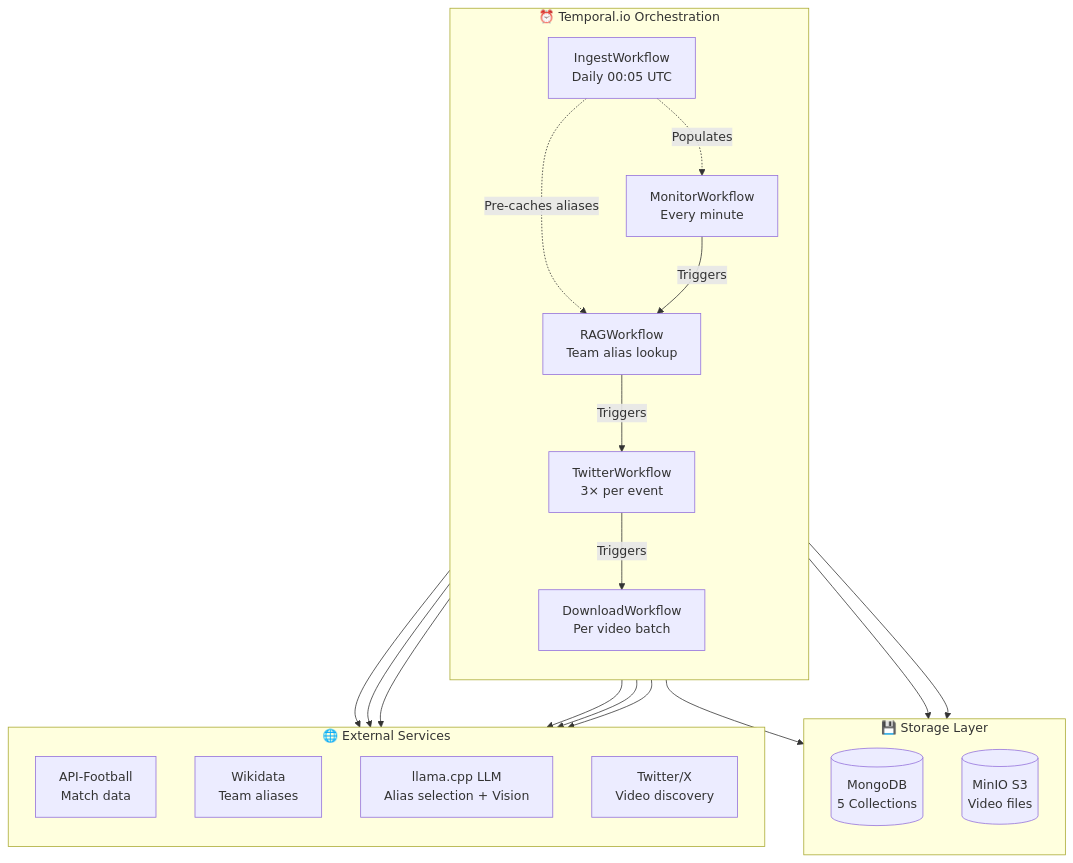
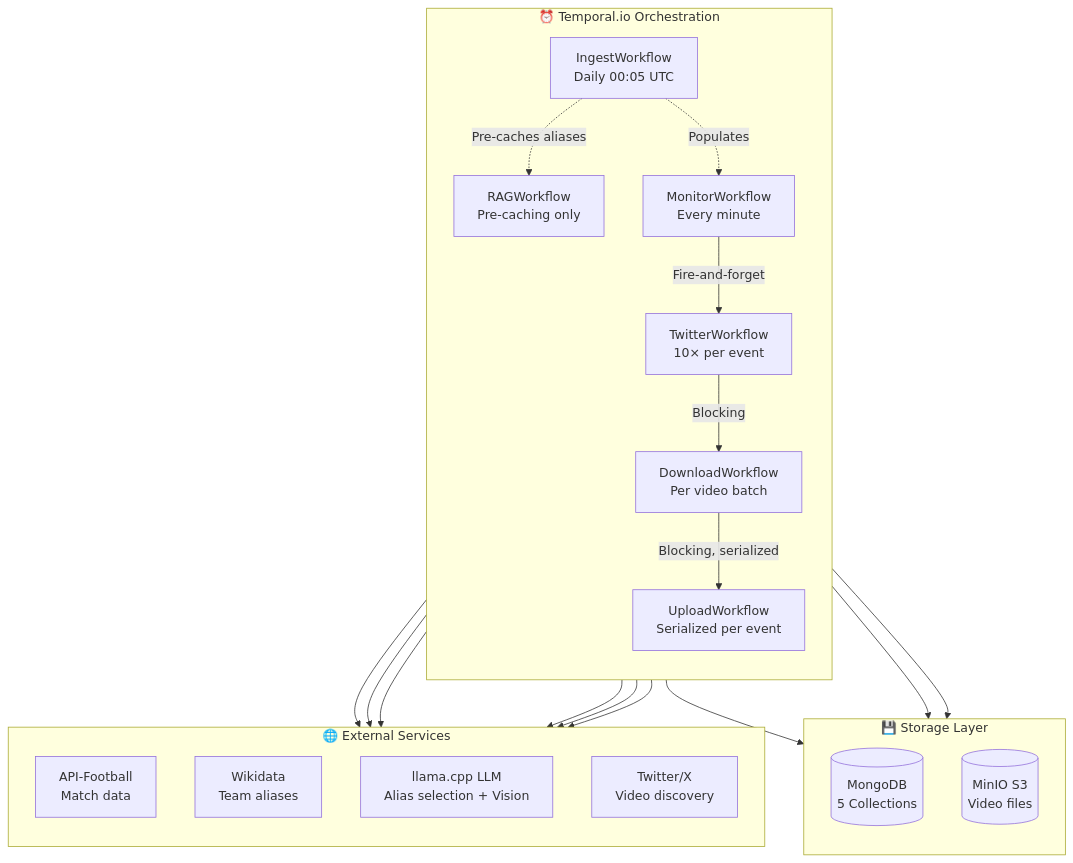
Before and after one commit to vedantadhobley/found-footy: the second of 14 diagrams in README.md, drawn with Mermaid. The commit also changed other lines of this file and 15 other files, not shown here.

First line of the commit message:
feat: UploadWorkflow serialization + national team nationality adjectives

````diff
--- a/README.md
+++ b/README.md
@@ -57,41 +57,42 @@
 ```mermaid
 flowchart TB
     subgraph TEMPORAL["⏰ Temporal.io Orchestration"]
         direction TB
         INGEST[IngestWorkflow<br/>Daily 00:05 UTC]
         MONITOR[MonitorWorkflow<br/>Every minute]
-        RAGWF[RAGWorkflow<br/>Team alias lookup]
-        TWITTERWF[TwitterWorkflow<br/>3× per event]
+        RAGWF[RAGWorkflow<br/>Pre-caching only]
+        TWITTERWF[TwitterWorkflow<br/>10× per event]
         DOWNLOADWF[DownloadWorkflow<br/>Per video batch]
+        UPLOADWF[UploadWorkflow<br/>Serialized per event]
         
         INGEST -.->|Pre-caches aliases| RAGWF
         INGEST -.->|Populates| MONITOR
-        MONITOR -->|Triggers| RAGWF
-        RAGWF -->|Triggers| TWITTERWF
-        TWITTERWF -->|Triggers| DOWNLOADWF
+        MONITOR -->|Fire-and-forget| TWITTERWF
+        TWITTERWF -->|Blocking| DOWNLOADWF
+        DOWNLOADWF -->|Blocking, serialized| UPLOADWF
     end
     
     subgraph STORAGE["💾 Storage Layer"]
         direction TB
         MONGO[(MongoDB<br/>5 Collections)]
         MINIO[(MinIO S3<br/>Video files)]
     end
     
     subgraph EXTERNAL["🌐 External Services"]
         direction TB
         APIFB[API-Football<br/>Match data]
         WIKIDATA[Wikidata<br/>Team aliases]
         LLM[llama.cpp LLM<br/>Alias selection + Vision]
         TWITTER[Twitter/X<br/>Video discovery]
     end
     
     INGEST --> APIFB
     MONITOR --> APIFB
     MONITOR --> MONGO
     RAGWF --> WIKIDATA
     RAGWF --> LLM
     TWITTERWF --> TWITTER
     DOWNLOADWF --> LLM
-    DOWNLOADWF --> MINIO
-    DOWNLOADWF --> MONGO
+    UPLOADWF --> MINIO
+    UPLOADWF --> MONGO
 ```
````
